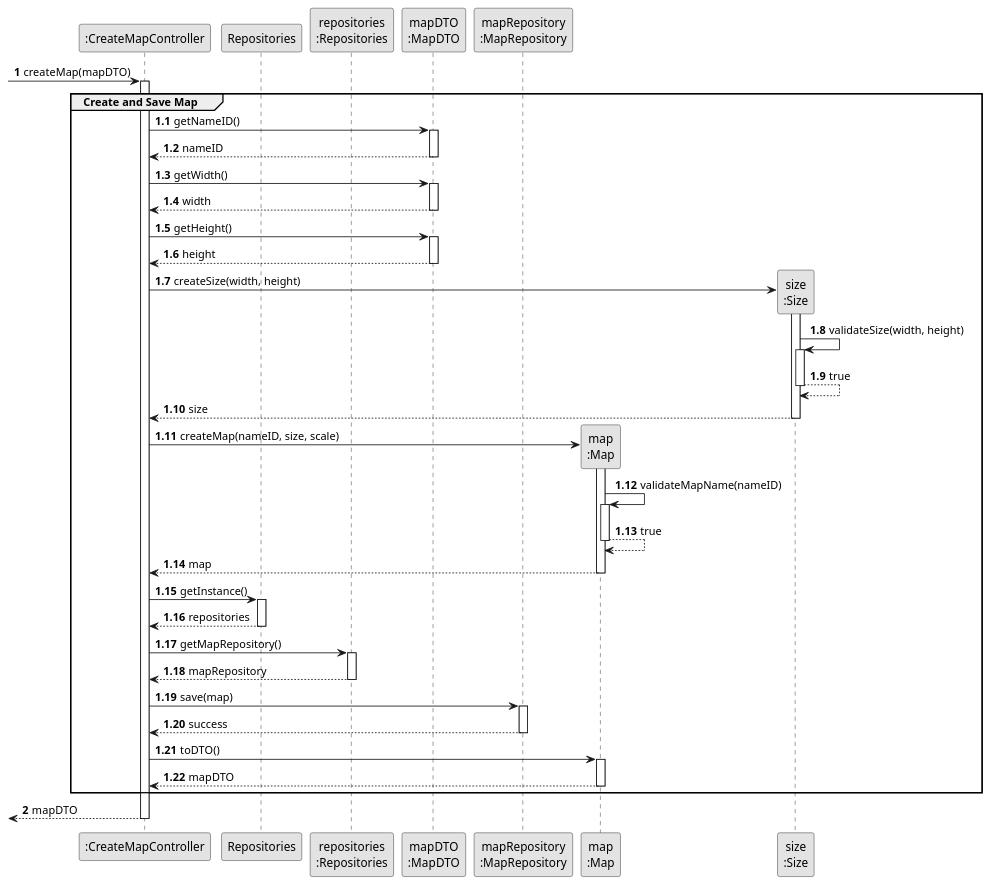
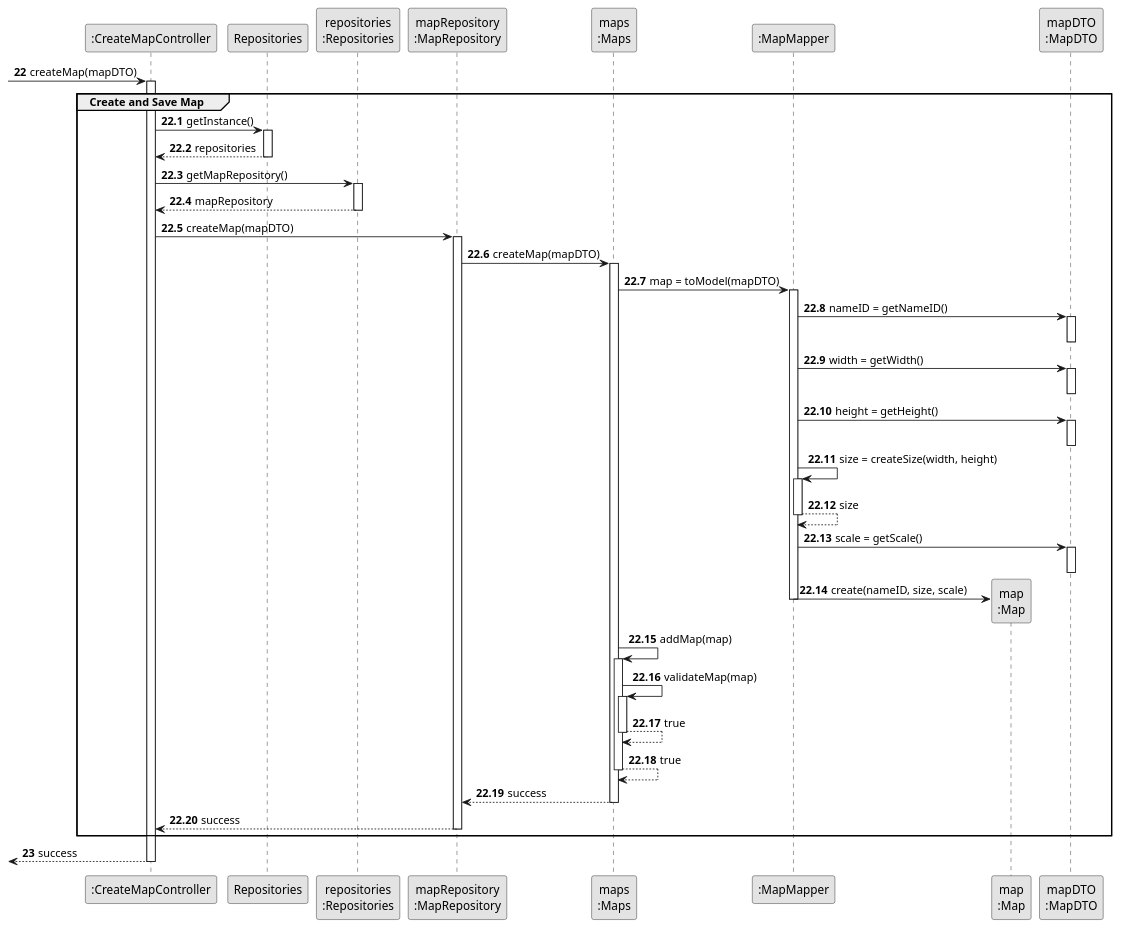
One commit to HenriqueSilva18/Railway-Network-Simulator changed the diagram in docs/system-documentation/Sprint 3/US01/03.design/puml/US01-SD-partial-Create-Save-Map.puml. Above: the diagram before and after it, drawn with PlantUML. The commit also changed 22 other files, not shown here.

```diff
--- a/docs/system-documentation/Sprint 3/US01/03.design/puml/US01-SD-partial-Create-Save-Map.puml
+++ b/docs/system-documentation/Sprint 3/US01/03.design/puml/US01-SD-partial-Create-Save-Map.puml
@@ -1,80 +1,83 @@
 @startuml
 skinparam monochrome true
 skinparam packageStyle rectangle
 skinparam shadowing false
 
 participant ":CreateMapController" as CTRL
 participant "Repositories" as REPOS
 participant "repositories\n:Repositories" as REPOS_SINGLETON
+participant "mapRepository\n:MapRepository" as MAP_REPO
+participant "maps\n:Maps" as MAPS
+participant ":MapMapper" as MAP_MAPPER
+participant "map\n:Map" as MAP
 participant "mapDTO\n:MapDTO" as MAP_DTO
-participant "mapRepository\n:MapRepository" as MAP_REPO
-participant "map\n:Map" as MAP
-participant "size\n:Size" as SIZE
 
-autonumber 1
+autonumber 22
 -> CTRL: createMap(mapDTO)
 
-autonumber 1.1
+autonumber 22.1
 activate CTRL
     group Create and Save Map
 
-        CTRL -> MAP_DTO: getNameID()
-        activate MAP_DTO
-            MAP_DTO --> CTRL: nameID
-        deactivate MAP_DTO
-
-        CTRL -> MAP_DTO: getWidth()
-        activate MAP_DTO
-            MAP_DTO --> CTRL: width
-        deactivate MAP_DTO
-
-        CTRL -> MAP_DTO: getHeight()
-        activate MAP_DTO
-            MAP_DTO --> CTRL: height
-        deactivate MAP_DTO
-
-        CTRL -> SIZE**: createSize(width, height)
-        activate SIZE
-            SIZE -> SIZE: validateSize(width, height)
-            activate SIZE
-                SIZE --> SIZE: true
-            deactivate SIZE
-            SIZE --> CTRL: size
-        deactivate SIZE
-
-        CTRL -> MAP**: createMap(nameID, size, scale)
-        activate MAP
-            MAP -> MAP: validateMapName(nameID)
-            activate MAP
-                MAP --> MAP: true
-            deactivate MAP
-            MAP --> CTRL: map
-        deactivate MAP
-
-        CTRL -> REPOS: getInstance()
+        CTRL -> REPOS : getInstance()
         activate REPOS
             REPOS --> CTRL: repositories
         deactivate REPOS
 
         CTRL -> REPOS_SINGLETON: getMapRepository()
         activate REPOS_SINGLETON
             REPOS_SINGLETON --> CTRL: mapRepository
         deactivate REPOS_SINGLETON
 
-        CTRL -> MAP_REPO: save(map)
+        CTRL -> MAP_REPO: createMap(mapDTO)
         activate MAP_REPO
+            MAP_REPO -> MAPS: createMap(mapDTO)
+            activate MAPS
+                MAPS -> MAP_MAPPER: map = toModel(mapDTO)
+                activate MAP_MAPPER
+                    MAP_MAPPER -> MAP_DTO: nameID = getNameID()
+                    activate MAP_DTO
+                    deactivate MAP_DTO
+
+                    MAP_MAPPER -> MAP_DTO: width = getWidth()
+                    activate MAP_DTO
+                    deactivate MAP_DTO
+
+                    MAP_MAPPER -> MAP_DTO: height = getHeight()
+                    activate MAP_DTO
+                    deactivate MAP_DTO
+
+                    MAP_MAPPER -> MAP_MAPPER: size = createSize(width, height)
+                    activate MAP_MAPPER
+                        MAP_MAPPER --> MAP_MAPPER: size
+                    deactivate MAP_MAPPER
+
+                    MAP_MAPPER -> MAP_DTO: scale = getScale()
+                    activate MAP_DTO
+                    deactivate MAP_DTO
+
+                    MAP_MAPPER -> MAP**: create(nameID, size, scale)
+                deactivate MAP_MAPPER
+
+                MAPS -> MAPS: addMap(map)
+                activate MAPS
+                    MAPS -> MAPS: validateMap(map)
+                    activate MAPS
+                        MAPS --> MAPS: true
+                        deactivate MAPS
+                    MAPS --> MAPS: true
+                    deactivate MAPS
+
+                MAPS --> MAP_REPO: success
+            deactivate MAPS
+
             MAP_REPO --> CTRL: success
         deactivate MAP_REPO
 
-        CTRL -> MAP: toDTO()
-        activate MAP
-            MAP --> CTRL: mapDTO
-        deactivate MAP
-
     end
 
-    autonumber 2
-    <-- CTRL: mapDTO
+    autonumber 23
+    <-- CTRL : success
 deactivate CTRL
 
-@enduml 
+@enduml
```
